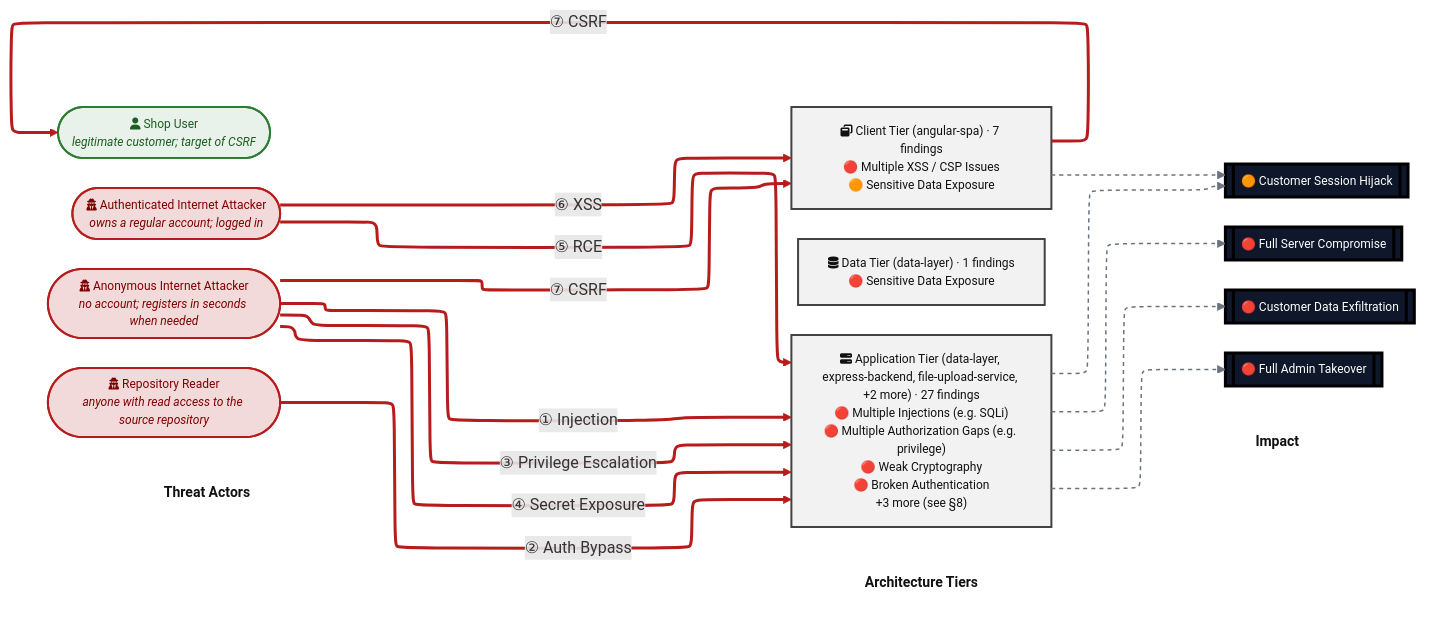
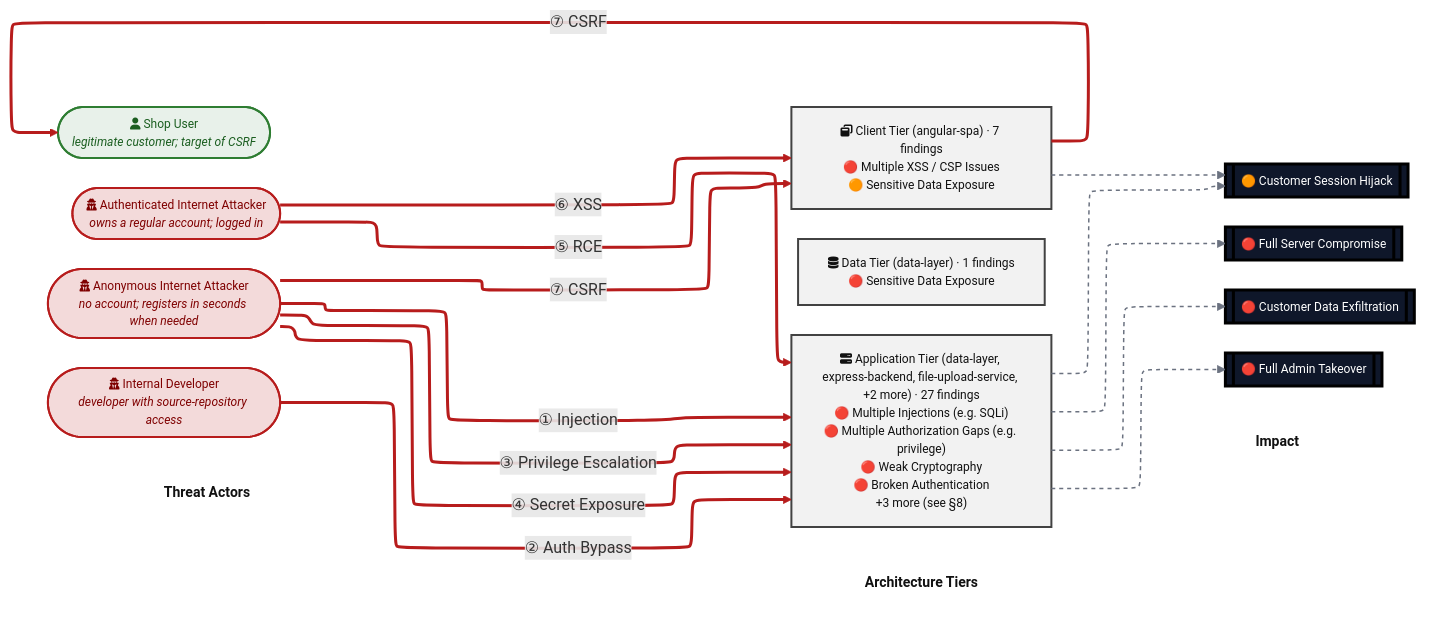
Before and after one commit to appsec-foundry/appsec-analyzer: the first of 2 diagrams in README.md, drawn with Mermaid. The commit also changed other lines of this file and 3 other files, not shown here.

````diff
--- a/README.md
+++ b/README.md
@@ -171,81 +178,81 @@
 ```mermaid
 %%{init: {"flowchart": {"defaultRenderer": "elk", "nodeSpacing": 40, "rankSpacing": 80}} }%%
 flowchart LR
     subgraph ACTORS[" "]
         direction TB
         HDR_A["<b>Threat Actors</b>"]:::columnHeader
         SHOPUSER(["fa:fa-user Shop User<br/><i>legitimate customer; target of CSRF</i>"]):::actorShopUser
         ANON(["fa:fa-user-secret Anonymous Internet Attacker<br/><i>no account; registers in seconds when needed</i>"]):::actorAnon
         INTERNET_USER(["fa:fa-user-secret Authenticated Internet Attacker<br/><i>owns a regular account; logged in</i>"]):::actorAnon
-        REPO_READ(["fa:fa-user-secret Repository Reader<br/><i>anyone with read access to the source repository</i>"]):::actorAnon
+        REPO_READ(["fa:fa-user-secret Internal Developer<br/><i>developer with source-repository access</i>"]):::actorAnon
     end
 
     subgraph TIERS[" "]
         direction TB
         HDR_T["<b>Architecture Tiers</b>"]:::columnHeader
         BROWSER["fa:fa-window-restore Client Tier (angular-spa) · 7 findings<br/>🔴 Multiple XSS / CSP Issues<br/>🟠 Sensitive Data Exposure"]:::tierClient
         SERVER["fa:fa-server Application Tier (data-layer, express-backend, file-upload-service, +2 more) · 27 findings<br/>🔴 Multiple Injections (e.g. SQLi)<br/>🔴 Multiple Authorization Gaps (e.g. privilege)<br/>🔴 Weak Cryptography<br/>🔴 Broken Authentication<br/>+3 more (see §8)"]:::tierApp
         DATA["fa:fa-database Data Tier (data-layer) · 1 findings<br/>🔴 Sensitive Data Exposure"]:::tierData
     end
 
     subgraph IMPACT[" "]
         direction TB
         HDR_I["<b>Impact</b>"]:::columnHeader
         CUSTOMER_SESSION_HIJACK[["🟠 Customer Session Hijack"]]:::impact
         FULL_ADMIN_TAKEOVER[["🔴 Full Admin Takeover"]]:::impact
         FULL_SERVER_COMPROMISE[["🔴 Full Server Compromise"]]:::impact
         CUSTOMER_DATA_EXFILTRATION[["🔴 Customer Data Exfiltration"]]:::impact
     end
 
     %% Invisible alignment hints. Two purposes:
     %%   (a) keep the per-component alignment edges (e.g. SHOPUSER --- BROWSER,
     %%       ANON --- SERVER) so attack arrows route horizontally without
     %%       crossing tier boxes;
     %%   (b) chain the three column headers (HDR_A, HDR_T, HDR_I) across
     %%       subgraph boundaries so ELK pins them on the same Y line.
     HDR_A --- HDR_T
     HDR_T --- HDR_I
     SHOPUSER --- BROWSER
     ANON --- SERVER
 
     %% Attack arrows
     ANON ==>|" ① Injection "| SERVER
     REPO_READ ==>|" ② Auth Bypass "| SERVER
     ANON ==>|" ③ Privilege Escalation "| SERVER
     ANON ==>|" ④ Secret Exposure "| SERVER
     INTERNET_USER ==>|" ⑤ RCE "| SERVER
     INTERNET_USER ==>|" ⑥ XSS "| BROWSER
     ANON ==>|" ⑦ CSRF "| BROWSER
 
     %% Relay arrows (client tier → victim; delivery half of victim-targeting paths)
     BROWSER ==>|" ⑦ CSRF "| SHOPUSER
 
     %% Consequence arrows (tier → business impact, all LR-forward)
     SERVER -.-> CUSTOMER_DATA_EXFILTRATION
     SERVER -.-> FULL_ADMIN_TAKEOVER
     SERVER -.-> CUSTOMER_SESSION_HIJACK
     SERVER -.-> FULL_SERVER_COMPROMISE
     BROWSER -.-> CUSTOMER_SESSION_HIJACK
 
     %% Subgraph frames invisible - column headers are emitted as the
     %% FIRST node of each subgraph (HDR_A / HDR_T / HDR_I) and pinned
     %% on the same Y line by the cross-subgraph alignment edges above.
     style ACTORS fill:none,stroke:none
     style TIERS  fill:none,stroke:none
     style IMPACT fill:none,stroke:none
 
     classDef tierClient fill:#f2f2f2,stroke:#424242,color:#111,stroke-width:2px,font-size:12px
     classDef tierApp    fill:#f2f2f2,stroke:#424242,color:#111,stroke-width:2px,font-size:12px
     classDef tierData   fill:#f2f2f2,stroke:#424242,color:#111,stroke-width:2px,font-size:12px
 
     classDef actorAnon     fill:#f3dada,stroke:#b71c1c,color:#7f0000,stroke-width:2px,font-size:12px
     classDef actorShopUser fill:#e8f1ea,stroke:#2e7d32,color:#1b5e20,stroke-width:2px,font-size:12px
     classDef impact        fill:#0f172a,stroke:#000,color:#fff,stroke-width:3px,font-size:12px
 
     classDef columnHeader  fill:none,stroke:none,color:#111,font-size:14px
 
     linkStyle 0,1,2,3     stroke:transparent,stroke-width:0px
     linkStyle 4,5,6,7,8,9,10,11     stroke:#b71c1c,stroke-width:3px
     linkStyle 12,13,14,15,16     stroke:#6b7280,stroke-width:1.5px,stroke-dasharray:4
 
 ```
````
